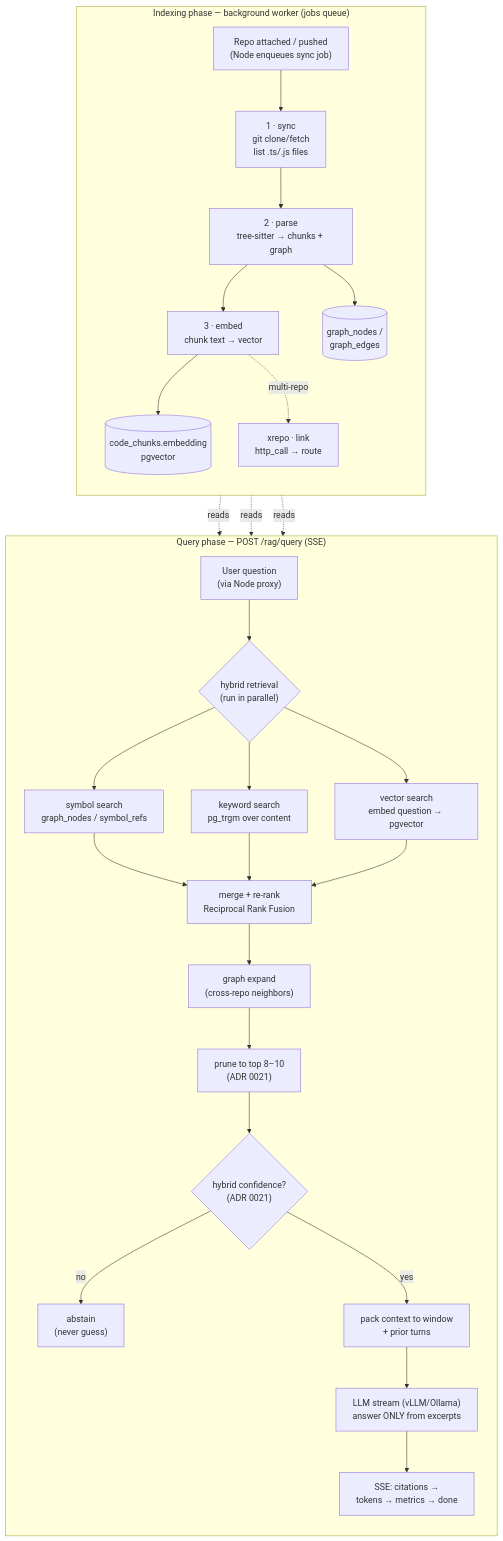
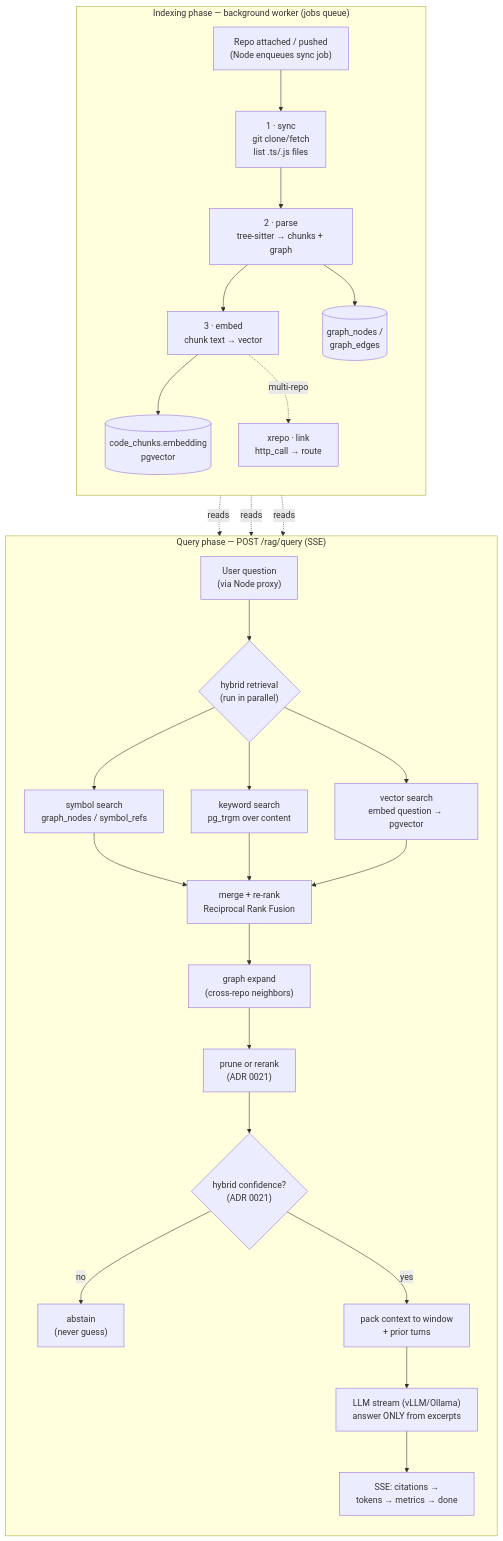
Before and after one commit to ashokduraik/CodeSage: the diagram in apps/rag/README.md, drawn with Mermaid. The commit also changed other lines of this file and 19 other files, not shown here.

````diff
--- a/apps/rag/README.md
+++ b/apps/rag/README.md
@@ -21,34 +21,34 @@
 ```mermaid
 flowchart TB
   subgraph INDEX["Indexing phase — background worker (jobs queue)"]
     direction TB
     A["Repo attached / pushed<br/>(Node enqueues sync job)"] --> S["1 · sync<br/>git clone/fetch<br/>list .ts/.js files"]
     S --> P["2 · parse<br/>tree-sitter → chunks + graph"]
     P --> E["3 · embed<br/>chunk text → vector"]
     P --> G[("graph_nodes /<br/>graph_edges")]
     E --> V[("code_chunks.embedding<br/>pgvector")]
     E -. "multi-repo" .-> X["xrepo · link<br/>http_call → route"]
   end
 
   subgraph QUERY["Query phase — POST /rag/query (SSE)"]
     direction TB
     Q["User question<br/>(via Node proxy)"] --> H{"hybrid retrieval<br/>(run in parallel)"}
     H --> SYM["symbol search<br/>graph_nodes / symbol_refs"]
     H --> KW["keyword search<br/>pg_trgm over content"]
     H --> VEC["vector search<br/>embed question → pgvector"]
     SYM --> RRF["merge + re-rank<br/>Reciprocal Rank Fusion"]
     KW --> RRF
     VEC --> RRF
     RRF --> GX["graph expand<br/>(cross-repo neighbors)"]
-    GX --> PRUNE["prune to top 8–10<br/>(ADR 0021)"]
+    GX --> PRUNE["prune or rerank<br/>(ADR 0021)"]
     PRUNE --> GATE{"hybrid confidence?<br/>(ADR 0021)"}
     GATE -- "no" --> AB["abstain<br/>(never guess)"]
     GATE -- "yes" --> PACK["pack context to window<br/>+ prior turns"]
     PACK --> LLM["LLM stream (vLLM/Ollama)<br/>answer ONLY from excerpts"]
     LLM --> SSE["SSE: citations →<br/>tokens → metrics → done"]
   end
 
   V -. "reads" .-> VEC
   G -. "reads" .-> SYM
   G -. "reads" .-> GX
 ```
````
